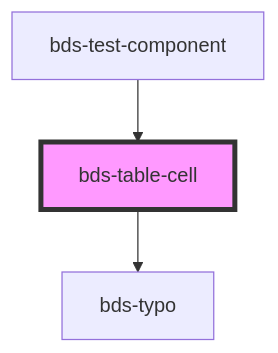
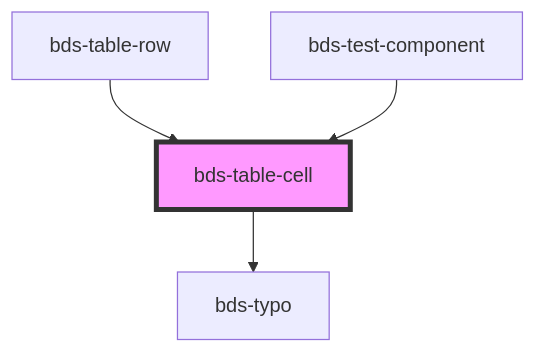
Before and after one commit to takenet/blip-ds: the diagram in src/components/table/table-cell/readme.md, drawn with Mermaid. The commit also changed other lines of this file and 11 other files, not shown here.

````diff
--- a/src/components/table/table-cell/readme.md
+++ b/src/components/table/table-cell/readme.md
@@ -27,6 +28,7 @@
 ```mermaid
 graph TD;
   bds-table-cell --> bds-typo
+  bds-table-row --> bds-table-cell
   bds-test-component --> bds-table-cell
   style bds-table-cell fill:#f9f,stroke:#333,stroke-width:4px
 ```
````
